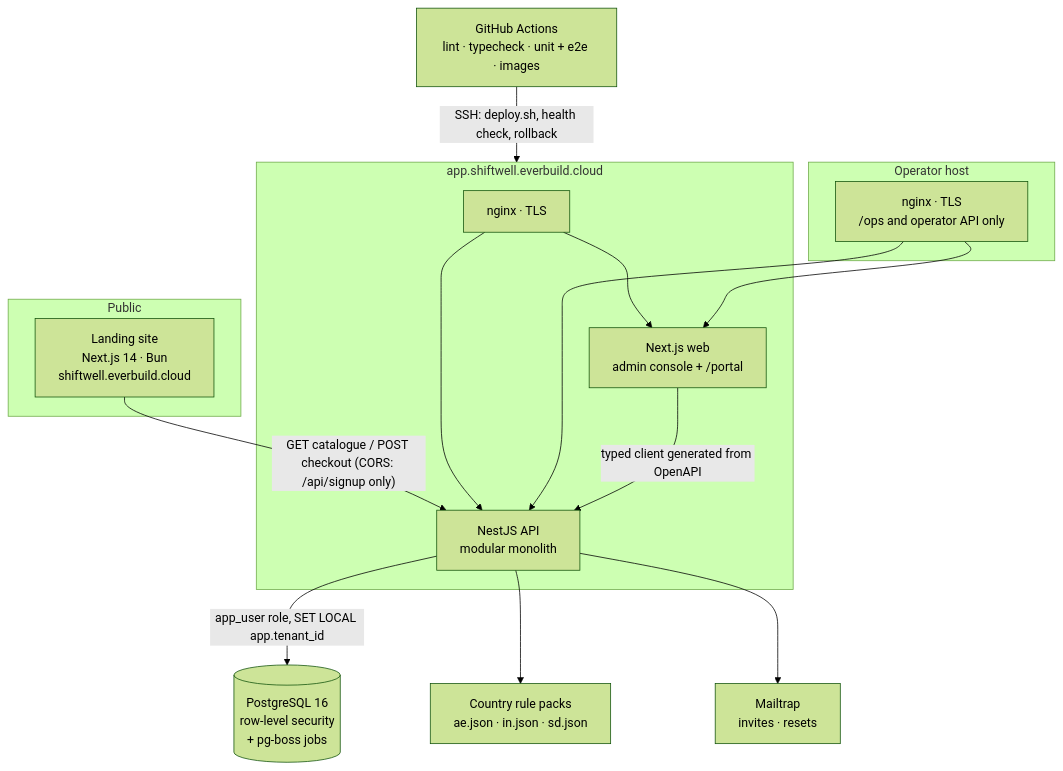
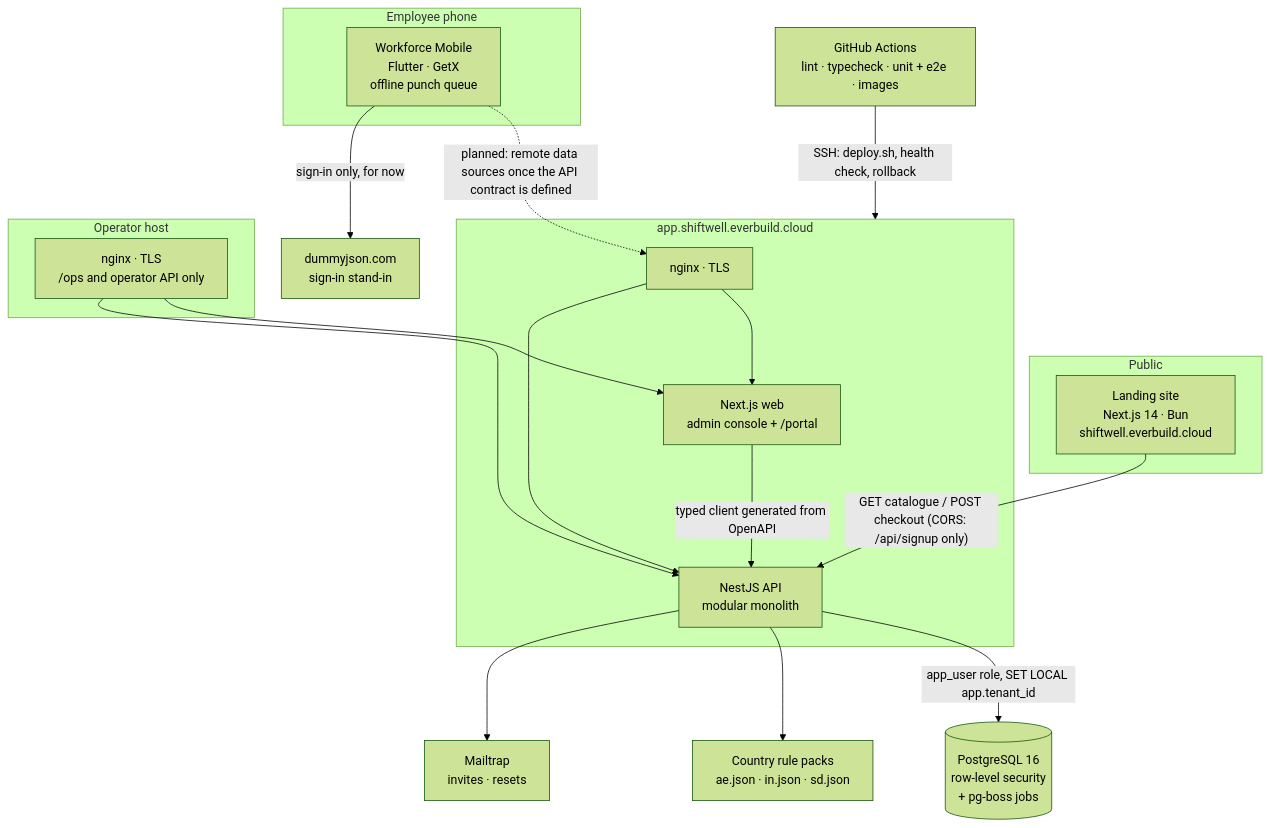
The diagram in README.md (defoibrahim/shiftwell-showcase), drawn with Mermaid (forest theme) before and after one commit. The commit also changed other lines of this file and 11 other files, not shown here.

First line of the commit message:
Add the Flutter mobile app: screenshots, features, stack and role

````diff
--- a/README.md
+++ b/README.md
@@ -89,29 +133,35 @@
 ```mermaid
 flowchart TB
   subgraph Public
     L["Landing site<br/>Next.js 14 · Bun<br/>shiftwell.everbuild.cloud"]
+  end
+  subgraph Phone["Employee phone"]
+    MA["Workforce Mobile<br/>Flutter · GetX<br/>offline punch queue"]
   end
   subgraph App["app.shiftwell.everbuild.cloud"]
     N1["nginx · TLS"]
     W["Next.js web<br/>admin console + /portal"]
     A["NestJS API<br/>modular monolith"]
   end
   subgraph Ops["Operator host"]
     N2["nginx · TLS<br/>/ops and operator API only"]
   end
   DB[("PostgreSQL 16<br/>row-level security<br/>+ pg-boss jobs")]
   RP["Country rule packs<br/>ae.json · in.json · sd.json"]
   M["Mailtrap<br/>invites · resets"]
   GH["GitHub Actions<br/>lint · typecheck · unit + e2e · images"]
+  DJ["dummyjson.com<br/>sign-in stand-in"]
 
   L -- "GET catalogue / POST checkout (CORS: /api/signup only)" --> A
   N1 --> W
   N1 --> A
   N2 --> W
   N2 --> A
   W -- "typed client generated from OpenAPI" --> A
   A -- "app_user role, SET LOCAL app.tenant_id" --> DB
   A --> RP
   A --> M
   GH -- "SSH: deploy.sh, health check, rollback" --> App
+  MA -. "planned: remote data sources once the API contract is defined" .-> N1
+  MA -- "sign-in only, for now" --> DJ
 ```
````
